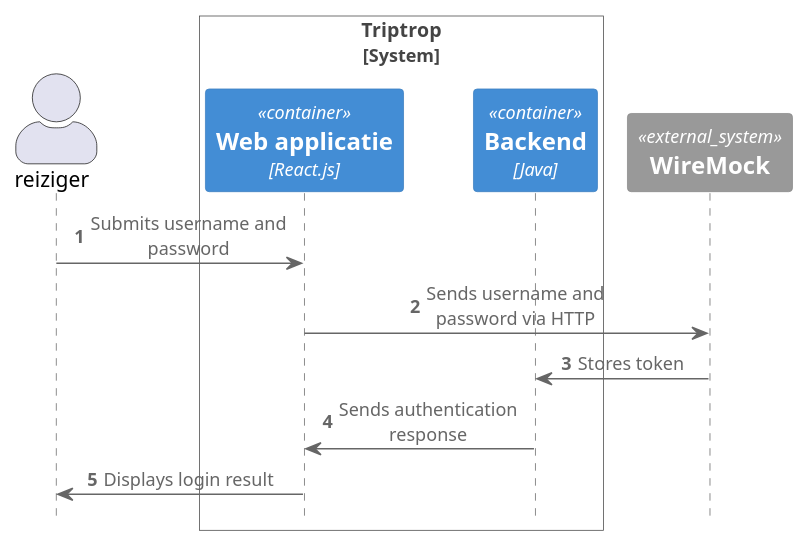
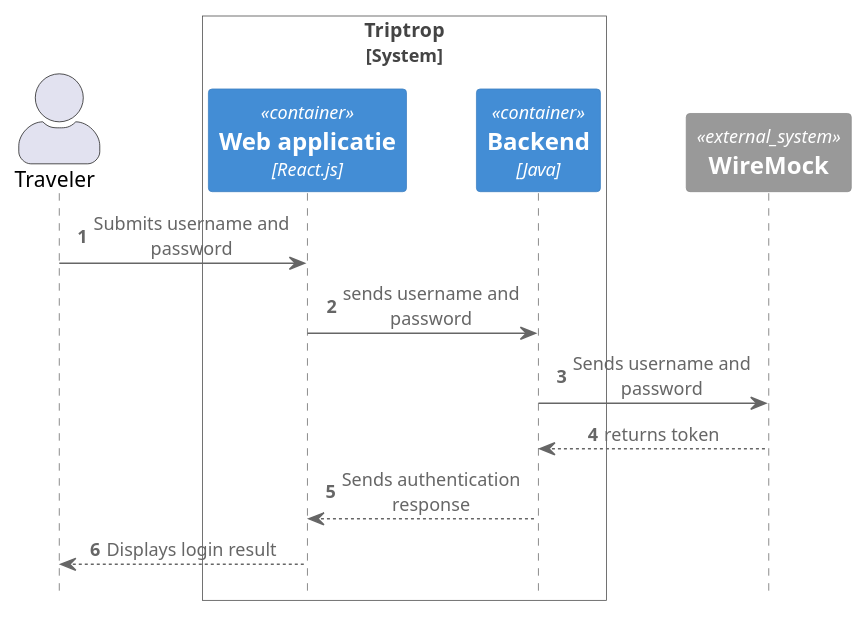
Before and after one commit to AIM-ENE-feb25/triptop-inshallahboys: the diagram in Week1/Presentatie/3SequentieDiagram/Login.puml, drawn with PlantUML. The commit also changed 1 other file, not shown here.

Commit message:
fixed login sequence diagram

```diff
--- a/Week1/Presentatie/3SequentieDiagram/Login.puml
+++ b/Week1/Presentatie/3SequentieDiagram/Login.puml
@@ -1,20 +1,21 @@
 @startuml
 !include https://raw.githubusercontent.com/plantuml-stdlib/C4-PlantUML/master/C4_Sequence.puml
 
 autonumber
 
-actor reiziger
+actor Traveler
 System_Boundary(c4, "Triptrop")
 Container(webApp, "Web applicatie", "React.js", "Gebruikersinterface voor reizigers")
 Container(backend, "Backend", "Java", "Verwerkt alle logica")
 Boundary_End()
 System_Ext(wireMock, "WireMock", "API voor webapplicatie")
 
 
-reiziger -> webApp : Submits username and password
-webApp -> wireMock : Sends username and password via HTTP
-wireMock -> backend : Stores token
-backend -> webApp : Sends authentication response
-webApp -> reiziger : Displays login result
+Traveler -> webApp : Submits username and password
+webApp -> backend : sends username and password
+backend -> wireMock : Sends username and password
+wireMock --> backend : returns token
+backend --> webApp : Sends authentication response
+webApp --> Traveler : Displays login result
 
 @enduml
```
